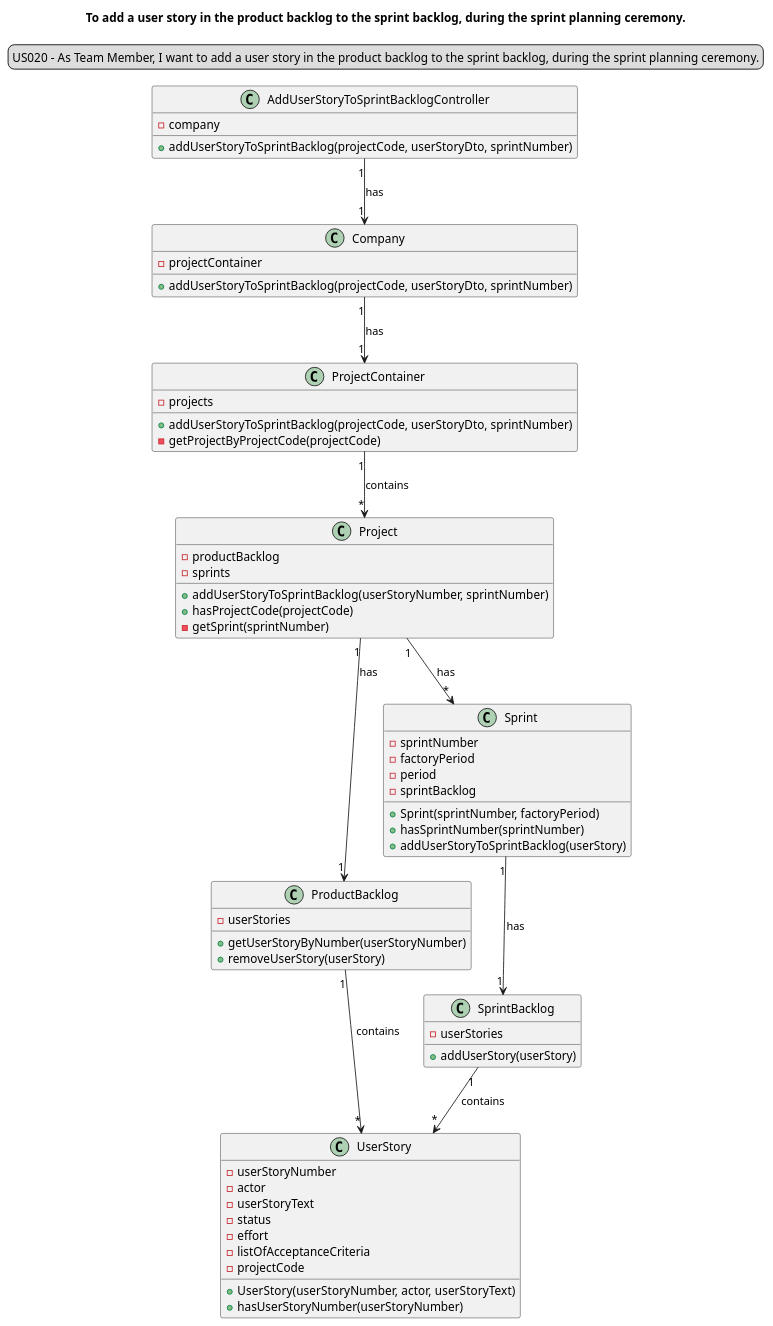
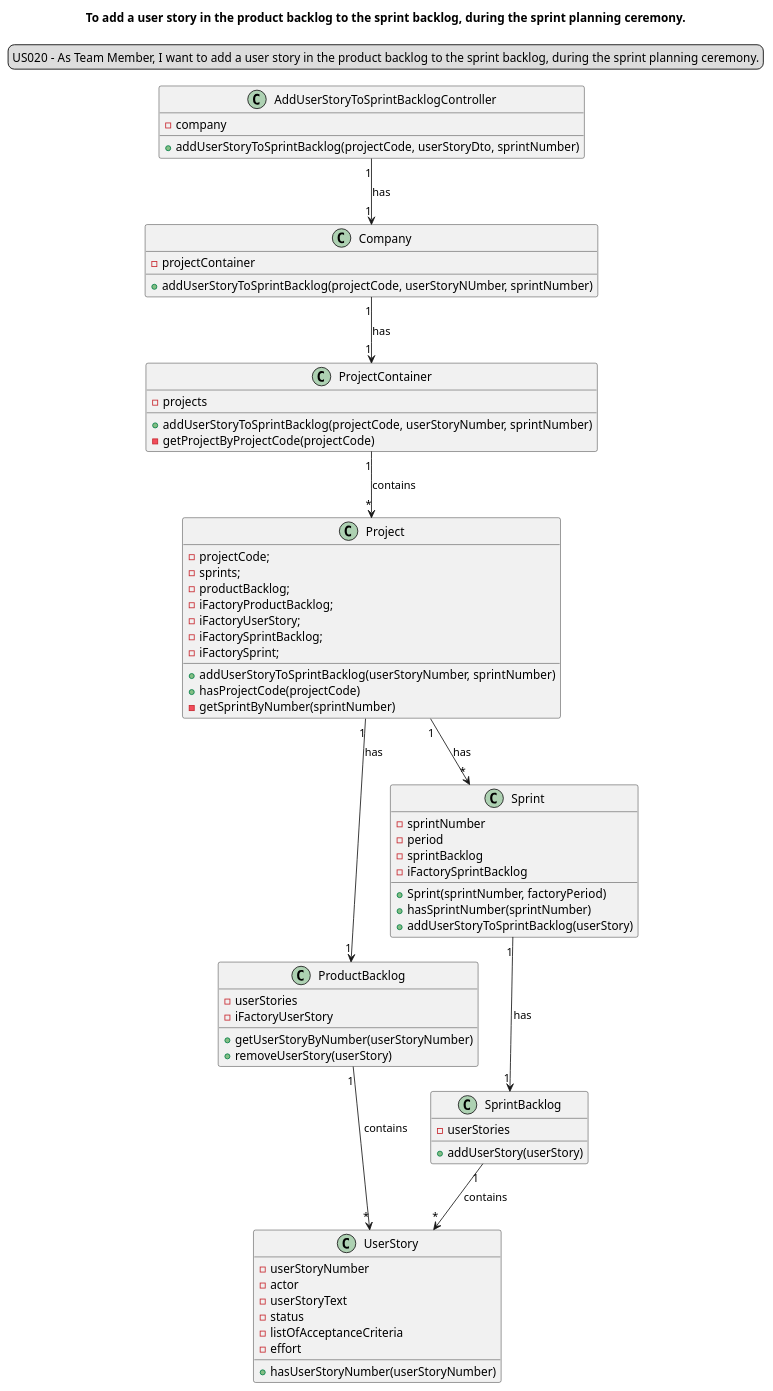
One commit to Loracline/project_switch_22-23 changed the diagram in docs/modelling_design/user_stories/sprint03/us020/US020_classDiagram.puml. Above: the diagram before and after it, drawn with PlantUML. The commit also changed 7 other files, not shown here.

Commit message:
US20: Design: update Class Diagram. references #103

```diff
--- a/docs/modelling_design/user_stories/sprint03/us020/US020_classDiagram.puml
+++ b/docs/modelling_design/user_stories/sprint03/us020/US020_classDiagram.puml
@@ -1,75 +1,79 @@
 @startuml
 'https://plantuml.com/sequence-diagram
 legend top
 US020 - As Team Member, I want to add a user story in the product backlog to the sprint backlog, during the sprint planning ceremony.
 end legend
 skinparam sequenceMessageAlign center
 title  To add a user story in the product backlog to the sprint backlog, during the sprint planning ceremony.
 
 class "AddUserStoryToSprintBacklogController" {
 - company
 + addUserStoryToSprintBacklog(projectCode, userStoryDto, sprintNumber)
 }
 
 class "Company" {
 - projectContainer
-+ addUserStoryToSprintBacklog(projectCode, userStoryDto, sprintNumber)
++ addUserStoryToSprintBacklog(projectCode, userStoryNUmber, sprintNumber)
 }
 class "ProjectContainer" {
 - projects
-+ addUserStoryToSprintBacklog(projectCode, userStoryDto, sprintNumber)
++ addUserStoryToSprintBacklog(projectCode, userStoryNumber, sprintNumber)
 - getProjectByProjectCode(projectCode)
 
 }
 
 class "Project"{
-- productBacklog
-- sprints
+- projectCode;
+- sprints;
+- productBacklog;
+- iFactoryProductBacklog;
+- iFactoryUserStory;
+- iFactorySprintBacklog;
+- iFactorySprint;
 + addUserStoryToSprintBacklog(userStoryNumber, sprintNumber)
 + hasProjectCode(projectCode)
-- getSprint(sprintNumber)
+- getSprintByNumber(sprintNumber)
 }
 
 class "ProductBacklog" {
 - userStories
+- iFactoryUserStory
 + getUserStoryByNumber(userStoryNumber)
 + removeUserStory(userStory)
 }
 
 class "UserStory"{
 - userStoryNumber
 - actor
 - userStoryText
 - status
+- listOfAcceptanceCriteria
 - effort
-- listOfAcceptanceCriteria
-- projectCode
-+ UserStory(userStoryNumber, actor, userStoryText)
 + hasUserStoryNumber(userStoryNumber)
 }
 
 class "Sprint"{
 - sprintNumber
-- factoryPeriod
 - period
 - sprintBacklog
+- iFactorySprintBacklog
 + Sprint(sprintNumber, factoryPeriod)
 + hasSprintNumber(sprintNumber)
 + addUserStoryToSprintBacklog(userStory)
 }
 
 class "SprintBacklog" {
 - userStories
 +addUserStory(userStory)
 }
 
 "AddUserStoryToSprintBacklogController" "1"-->"1" "Company": has
 "Company" "1"--> "1" "ProjectContainer": has
 "ProjectContainer" "1"-->"*" "Project": contains
 "Project" "1" -->"1" "ProductBacklog": has
 "Project" "1" -->"*" "Sprint": has
 "Sprint" "1" --> "1" "SprintBacklog": has
 "SprintBacklog" "1" --> "*" UserStory: contains
 "ProductBacklog" "1" --> "*" "UserStory" : contains
 
 @enduml
```
